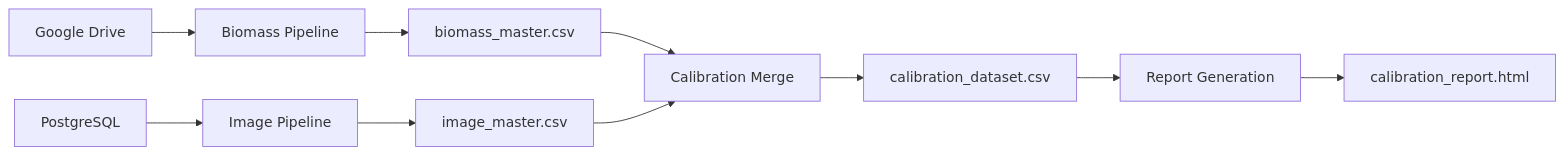
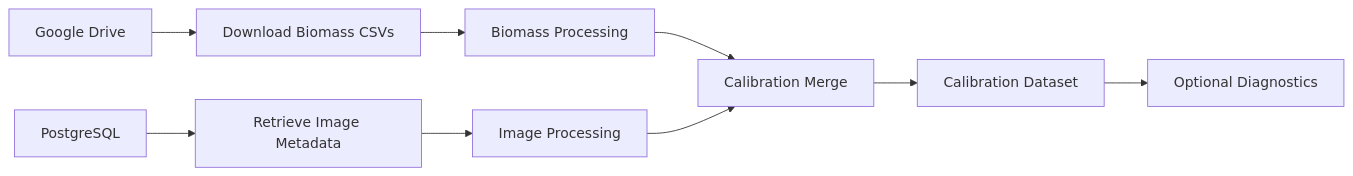
The fifth of 6 diagrams in README.md (marialauracangiano/pm3d-training-data-compiler), drawn with Mermaid before and after one commit. The commit also changed other lines of this file and 1 other file, not shown here.

````diff
--- a/README.md
+++ b/README.md
@@ -75,17 +1124,15 @@
 ```mermaid
 flowchart LR
 
-    A[Google Drive] --> B[Biomass Pipeline]
-    D[PostgreSQL] --> E[Image Pipeline]
+A[Google Drive] --> B[Download Biomass CSVs]
+B --> C[Biomass Processing]
 
-    B --> C[biomass_master.csv]
-    E --> F[image_master.csv]
+D[PostgreSQL] --> E[Retrieve Image Metadata]
+E --> F[Image Processing]
 
-    C --> G[Calibration Merge]
-    F --> G
+C --> G[Calibration Merge]
+F --> G
 
-    G --> H[calibration_dataset.csv]
-
-    H --> I[Report Generation]
-    I --> J[calibration_report.html]
+G --> H[Calibration Dataset]
+H --> I[Optional Diagnostics]
 ```
````
